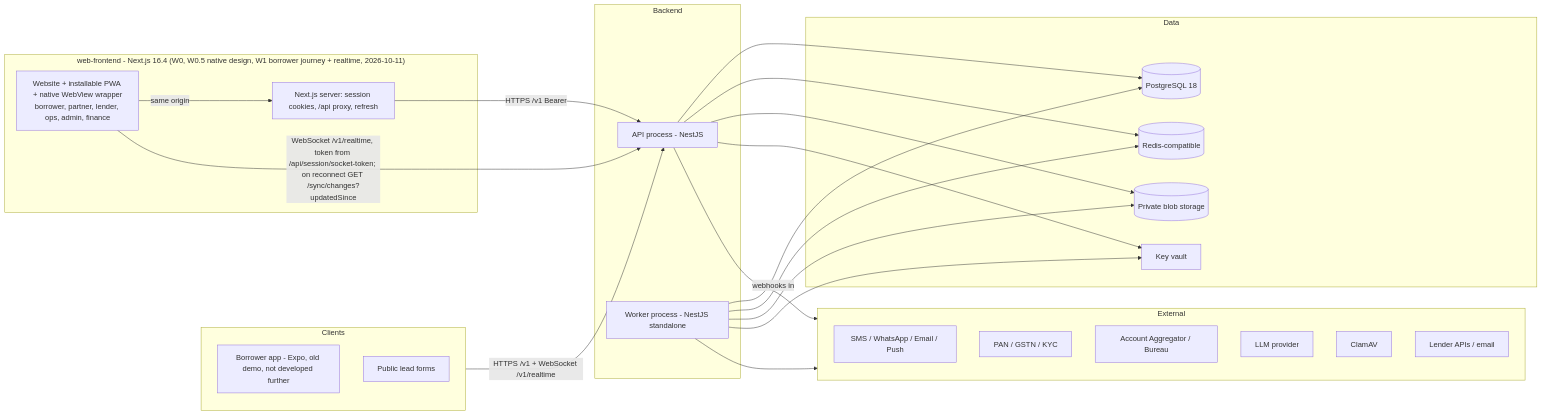
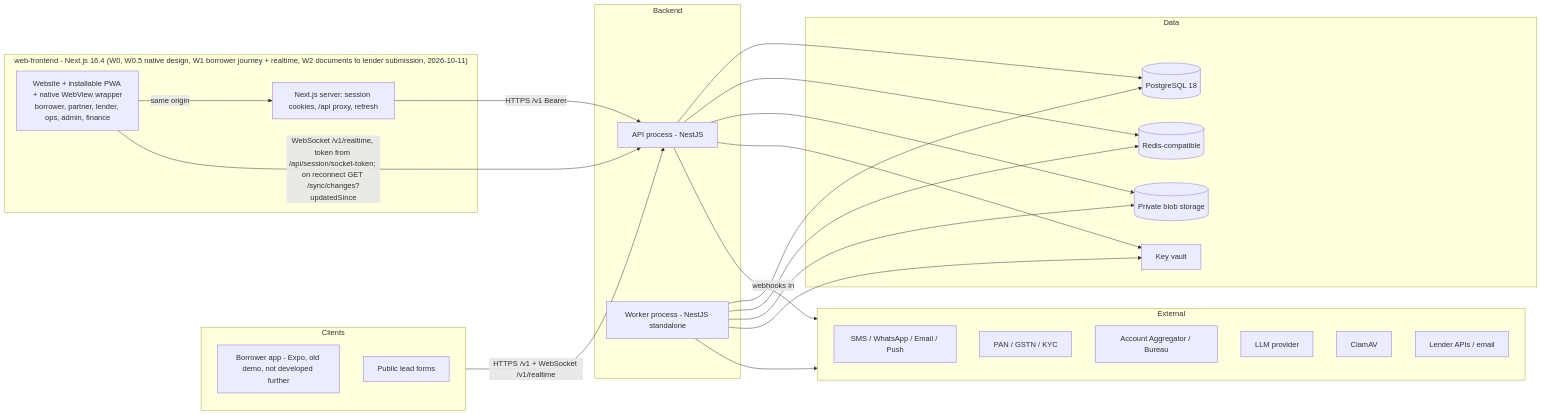
One commit to Shaikhfaruk/fundenflo changed the first of 16 diagrams in docs/ARCHITECTURE.md. Above: the diagram before and after it, drawn with Mermaid. The commit also changed 61 other files, not shown here.

First line of the commit message:
W2 web: documents to lender submission, connected end to end

````diff
--- a/docs/ARCHITECTURE.md
+++ b/docs/ARCHITECTURE.md
@@ -23,43 +23,43 @@
 ```mermaid
 flowchart LR
   subgraph Clients
     APP[Borrower app - Expo, old demo, not developed further]
     PUB[Public lead forms]
   end
-  subgraph Web["web-frontend - Next.js 16.4 (W0, W0.5 native design, W1 borrower journey + realtime, 2026-10-11)"]
+  subgraph Web["web-frontend - Next.js 16.4 (W0, W0.5 native design, W1 borrower journey + realtime, W2 documents to lender submission, 2026-10-11)"]
     UI[Website + installable PWA + native WebView wrapper<br/>borrower, partner, lender, ops, admin, finance]
     BFF[Next.js server: session cookies, /api proxy, refresh]
   end
   UI -->|same origin| BFF
   BFF -->|HTTPS /v1 Bearer| API
   UI -->|WebSocket /v1/realtime, token from /api/session/socket-token; on reconnect GET /sync/changes?updatedSince| API
   subgraph Backend
     API[API process - NestJS]
     WRK[Worker process - NestJS standalone]
   end
   subgraph Data
     PG[(PostgreSQL 18)]
     RD[(Redis-compatible)]
     BL[(Private blob storage)]
     KV[Key vault]
   end
   subgraph External
     SMS[SMS / WhatsApp / Email / Push]
     KYC[PAN / GSTN / KYC]
     AA[Account Aggregator / Bureau]
     LLM[LLM provider]
     AV[ClamAV]
     LND[Lender APIs / email]
   end
   Clients -->|HTTPS /v1 + WebSocket /v1/realtime| API
   API --> PG
   API --> RD
   API --> BL
   API --> KV
   WRK --> PG
   WRK --> RD
   WRK --> BL
   WRK --> KV
   WRK --> External
   API -->|webhooks in| External
 ```
````
